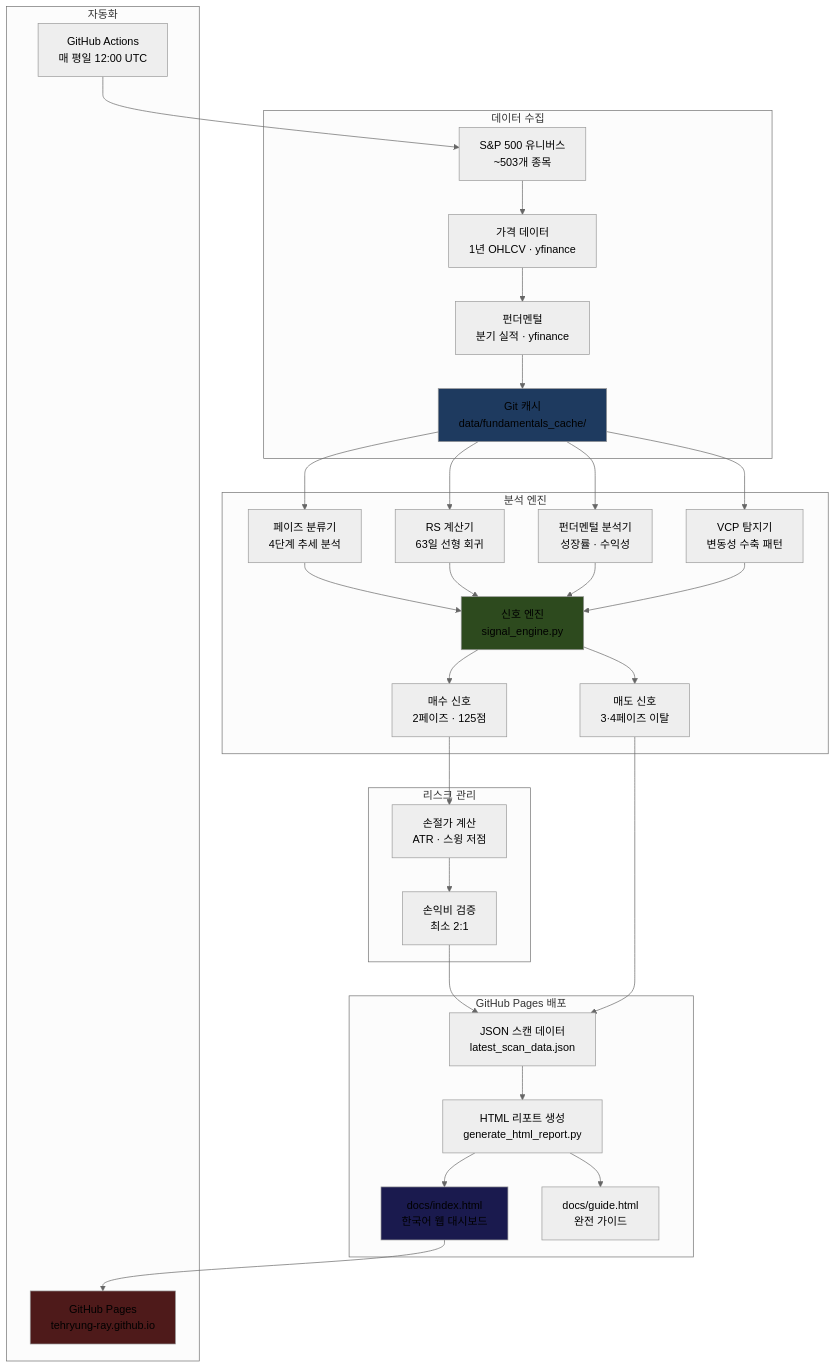
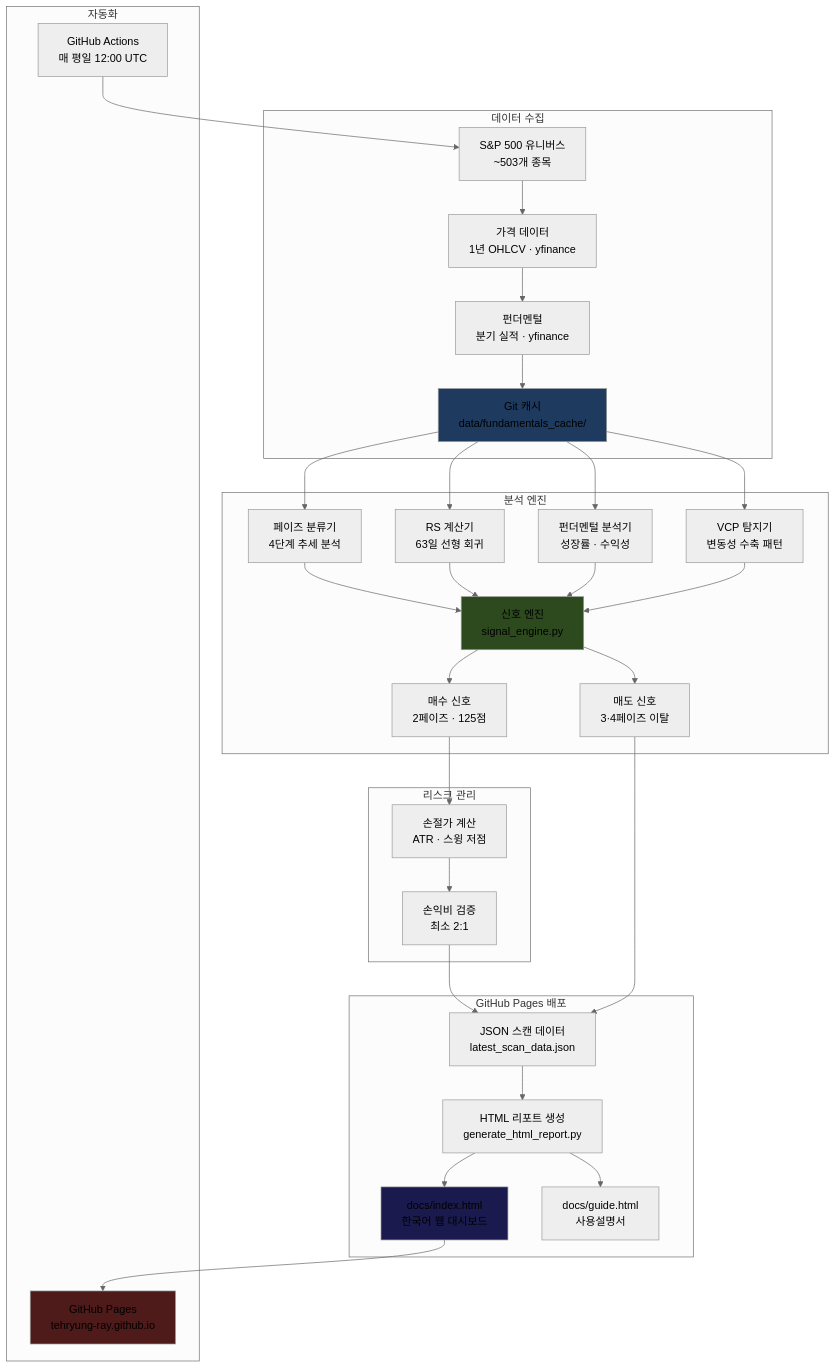
One commit to tehryung-ray/SNP_momentum_screener changed the diagram in README.md. Above: the diagram before and after it, drawn with Mermaid (neutral theme). The commit also changed other lines of this file and 3 other files, not shown here.

First line of the commit message:
rename 완전 가이드 to 사용설명서, add card layout and sector badge docs

````diff
--- a/README.md
+++ b/README.md
@@ -192,46 +206,46 @@
 ```mermaid
 graph TB
     subgraph "데이터 수집"
         A[S&P 500 유니버스<br/>~503개 종목] --> B[가격 데이터<br/>1년 OHLCV · yfinance]
         B --> C[펀더멘털<br/>분기 실적 · yfinance]
         C --> D[Git 캐시<br/>data/fundamentals_cache/]
     end
 
     subgraph "분석 엔진"
         D --> E[페이즈 분류기<br/>4단계 추세 분석]
         D --> F[RS 계산기<br/>63일 선형 회귀]
         D --> G[펀더멘털 분석기<br/>성장률 · 수익성]
         D --> H[VCP 탐지기<br/>변동성 수축 패턴]
 
         E --> I[신호 엔진<br/>signal_engine.py]
         F --> I
         G --> I
         H --> I
 
         I --> J[매수 신호<br/>2페이즈 · 125점]
         I --> K[매도 신호<br/>3·4페이즈 이탈]
     end
 
     subgraph "리스크 관리"
         J --> L[손절가 계산<br/>ATR · 스윙 저점]
         L --> M[손익비 검증<br/>최소 2:1]
     end
 
     subgraph "GitHub Pages 배포"
         M --> N[JSON 스캔 데이터<br/>latest_scan_data.json]
         K --> N
         N --> O[HTML 리포트 생성<br/>generate_html_report.py]
         O --> P[docs/index.html<br/>한국어 웹 대시보드]
-        O --> Q[docs/guide.html<br/>완전 가이드]
+        O --> Q[docs/guide.html<br/>사용설명서]
     end
 
     subgraph "자동화"
         R[GitHub Actions<br/>매 평일 12:00 UTC] --> A
         P --> S[GitHub Pages<br/>tehryung-ray.github.io]
     end
 
     style D fill:#1e3a5f
     style I fill:#2d4a1e
     style P fill:#1a1a4e
     style S fill:#4e1a1a
 ```
````
